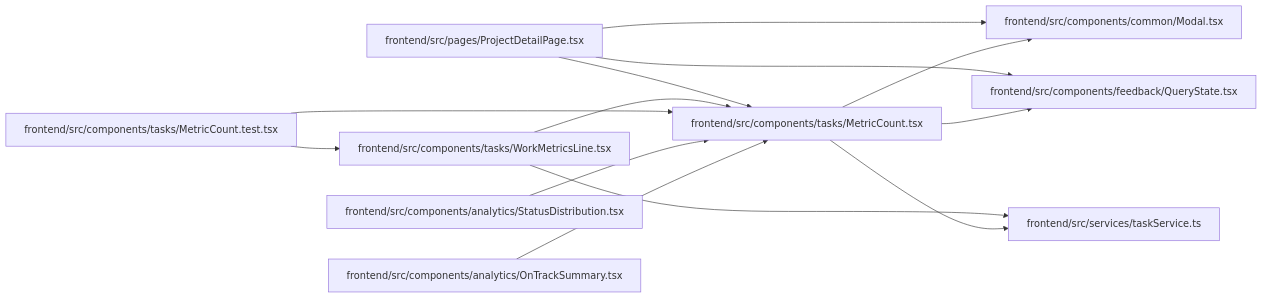
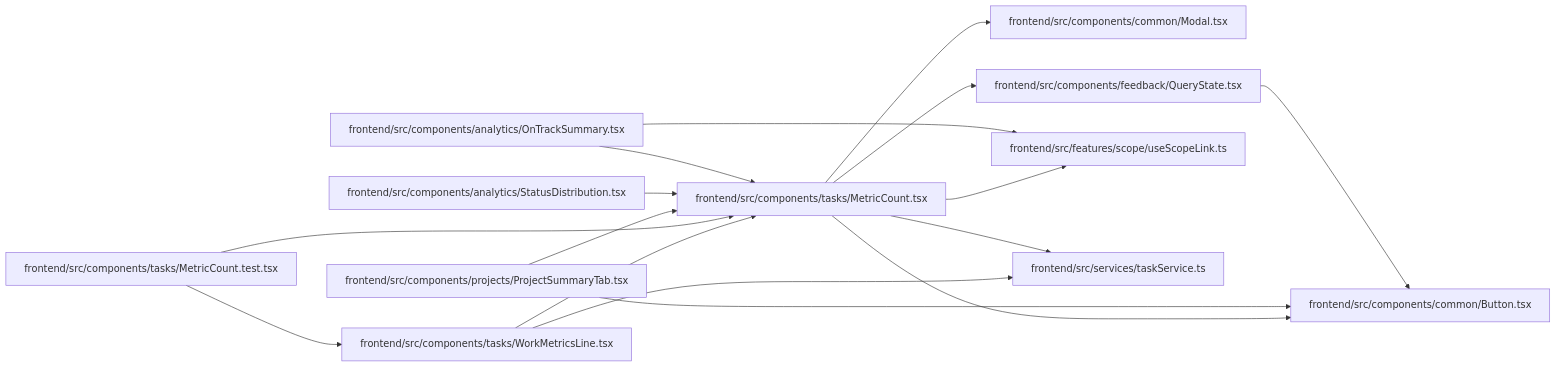
One commit to Denissvgn/WorkChord changed the diagram in docs/llm_wiki/modules/MetricCount.md. Above: the diagram before and after it, drawn with Mermaid. The commit also changed other lines of this file and 2373 other files, not shown here.

````diff
--- a/docs/llm_wiki/modules/MetricCount.md
+++ b/docs/llm_wiki/modules/MetricCount.md
@@ -34,33 +36,40 @@
 ```mermaid
 flowchart LR
     n0["frontend/src/components/analytics/OnTrackSummary.tsx"]
     n1["frontend/src/components/analytics/StatusDistribution.tsx"]
-    n2["frontend/src/components/common/Modal.tsx"]
-    n3["frontend/src/components/feedback/QueryState.tsx"]
-    n4["frontend/src/components/tasks/MetricCount.test.tsx"]
-    n5["frontend/src/components/tasks/MetricCount.tsx"]
-    n6["frontend/src/components/tasks/WorkMetricsLine.tsx"]
-    n7["frontend/src/pages/ProjectDetailPage.tsx"]
-    n8["frontend/src/services/taskService.ts"]
-    n0 --> n5
-    n1 --> n5
-    n4 --> n5
-    n4 --> n6
+    n2["frontend/src/components/common/Button.tsx"]
+    n3["frontend/src/components/common/Modal.tsx"]
+    n4["frontend/src/components/feedback/QueryState.tsx"]
+    n5["frontend/src/components/projects/ProjectSummaryTab.tsx"]
+    n6["frontend/src/components/tasks/MetricCount.test.tsx"]
+    n7["frontend/src/components/tasks/MetricCount.tsx"]
+    n8["frontend/src/components/tasks/WorkMetricsLine.tsx"]
+    n9["frontend/src/features/scope/useScopeLink.ts"]
+    n10["frontend/src/services/taskService.ts"]
+    n0 --> n7
+    n0 --> n9
+    n1 --> n7
+    n4 --> n2
     n5 --> n2
-    n5 --> n3
-    n5 --> n8
-    n6 --> n5
+    n5 --> n7
+    n6 --> n7
     n6 --> n8
     n7 --> n2
     n7 --> n3
-    n7 --> n5
+    n7 --> n4
+    n7 --> n9
+    n7 --> n10
+    n8 --> n7
+    n8 --> n10
     click n0 "../modules/OnTrackSummary.md"
     click n1 "../modules/StatusDistribution.md"
-    click n2 "../modules/Modal.md"
-    click n3 "../modules/QueryState.md"
-    click n4 "../modules/MetricCount.test.md"
-    click n5 "../modules/MetricCount.md"
-    click n6 "../modules/WorkMetricsLine.md"
-    click n7 "../modules/ProjectDetailPage.md"
-    click n8 "../modules/taskService.md"
+    click n2 "../modules/Button.md"
+    click n3 "../modules/Modal.md"
+    click n4 "../modules/QueryState.md"
+    click n5 "../modules/ProjectSummaryTab.md"
+    click n6 "../modules/MetricCount.test.md"
+    click n7 "../modules/MetricCount.md"
+    click n8 "../modules/WorkMetricsLine.md"
+    click n9 "../modules/useScopeLink.md"
+    click n10 "../modules/taskService.md"
 ```
````
